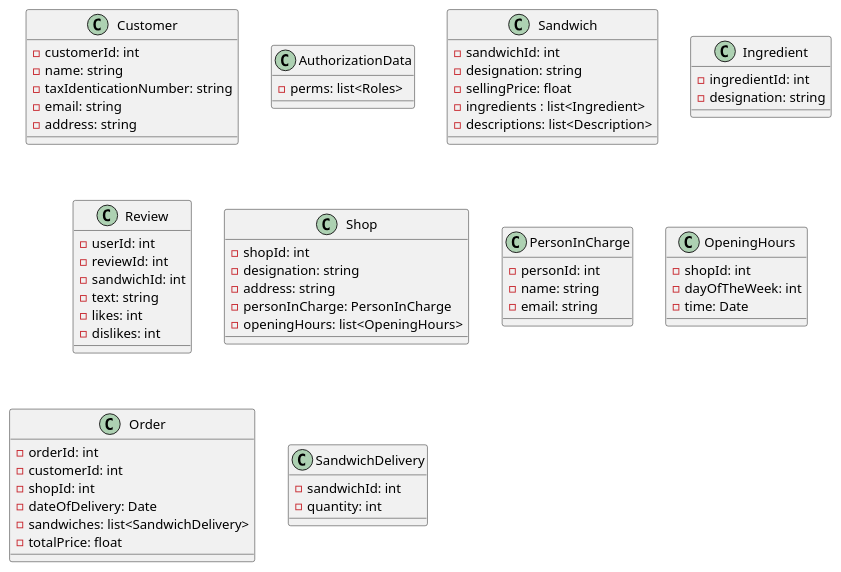
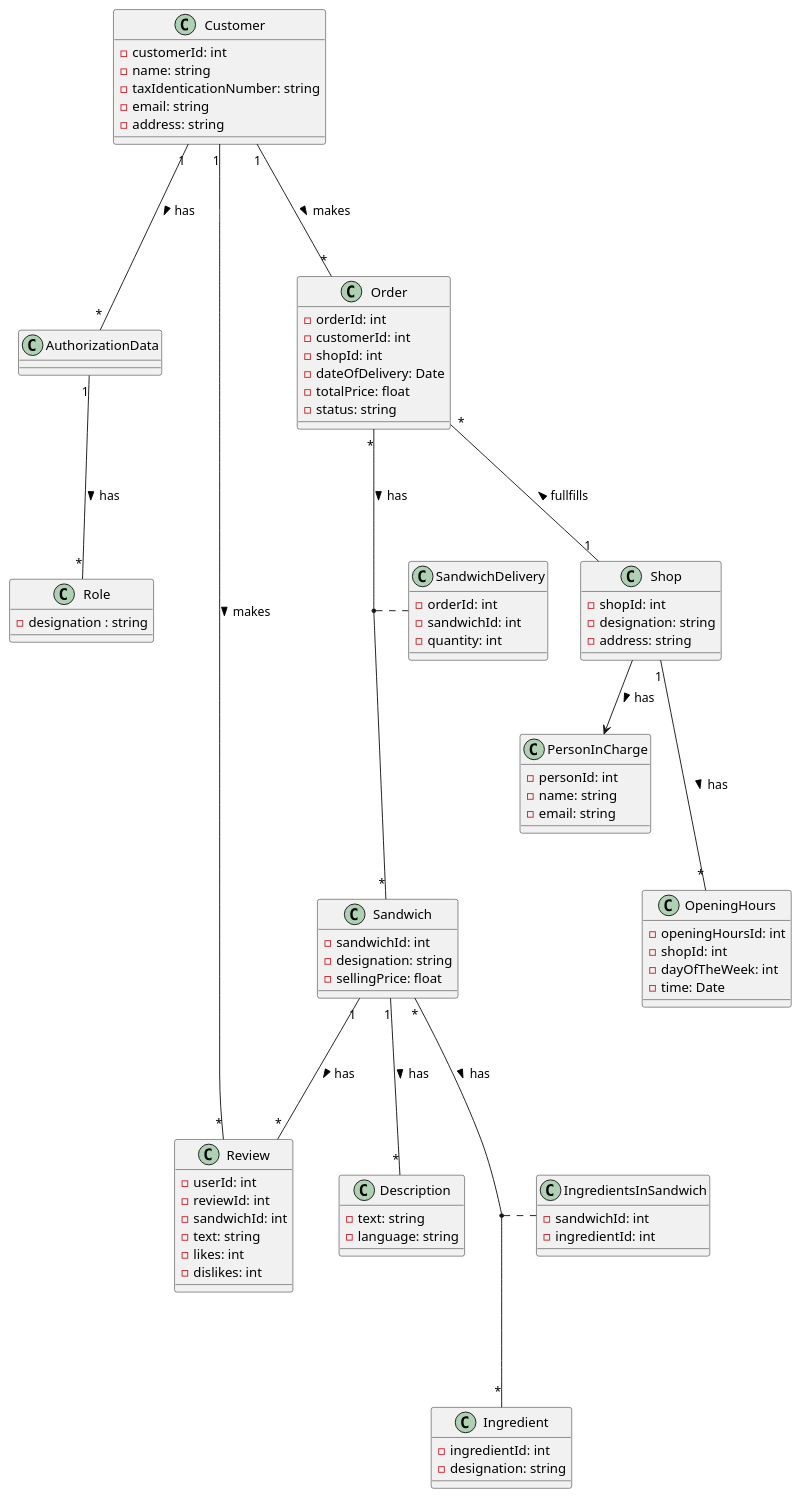
Before and after one commit to TiagoNora/ballerina-project: the diagram in design/domainModel.puml, drawn with PlantUML. The commit also changed 2 other files, not shown here.

```diff
--- a/design/domainModel.puml
+++ b/design/domainModel.puml
@@ -1,68 +1,95 @@
 @startuml
   class Customer {
     - customerId: int
     - name: string
     - taxIdenticationNumber: string
     - email: string
     - address: string
   }
 
   class AuthorizationData{
-    - perms: list<Roles>
+
+  }
+
+  class Role{
+    - designation : string
   }
   class Sandwich {
     - sandwichId: int
     - designation: string
     - sellingPrice: float
-    - ingredients : list<Ingredient>
-    - descriptions: list<Description>
   }
+
+  class Description{
+    - text: string
+    - language: string
+  }
+
   class Ingredient {
     - ingredientId: int
     - designation: string
   }
 
   class Review{
     - userId: int
     - reviewId: int
     - sandwichId: int
     - text: string
     - likes: int
     - dislikes: int
   }
 
   class Shop{
     - shopId: int
     - designation: string
     - address: string
-    - personInCharge: PersonInCharge
-    - openingHours: list<OpeningHours>
   }
 
   class PersonInCharge{
     - personId: int
     - name: string
     - email: string
   }
 
   class OpeningHours{
+    - openingHoursId: int
     - shopId: int
     - dayOfTheWeek: int
     - time: Date
   }
 
   class Order{
     - orderId: int
     - customerId: int
     - shopId: int
     - dateOfDelivery: Date
-    - sandwiches: list<SandwichDelivery>
     - totalPrice: float
+    - status: string
   }
 
   class SandwichDelivery{
+    - orderId: int
     - sandwichId: int
     - quantity: int
   }
 
+  class IngredientsInSandwich{
+    - sandwichId: int
+    - ingredientId: int
+  }
+
+  Customer "1" --- "*" AuthorizationData: has >
+  AuthorizationData "1" --- "*" Role: has >
+  Sandwich "*" --- "*" Ingredient: has >
+  (Sandwich,Ingredient) .. IngredientsInSandwich
+  Sandwich "1" --- "*" Description: has >
+  Shop "1" --- "*" OpeningHours: has >
+  Shop --> PersonInCharge: has >
+  Order "*" --- "*" Sandwich: has >
+  (Order, Sandwich) .. SandwichDelivery
+  Customer "1" --- "*" Order: makes >
+  Customer "1" --- "*" Review: makes >
+  Sandwich "1" --- "*" Review: has >
+  Order "*" --- "1" Shop: fullfills <
+
 @enduml
```
